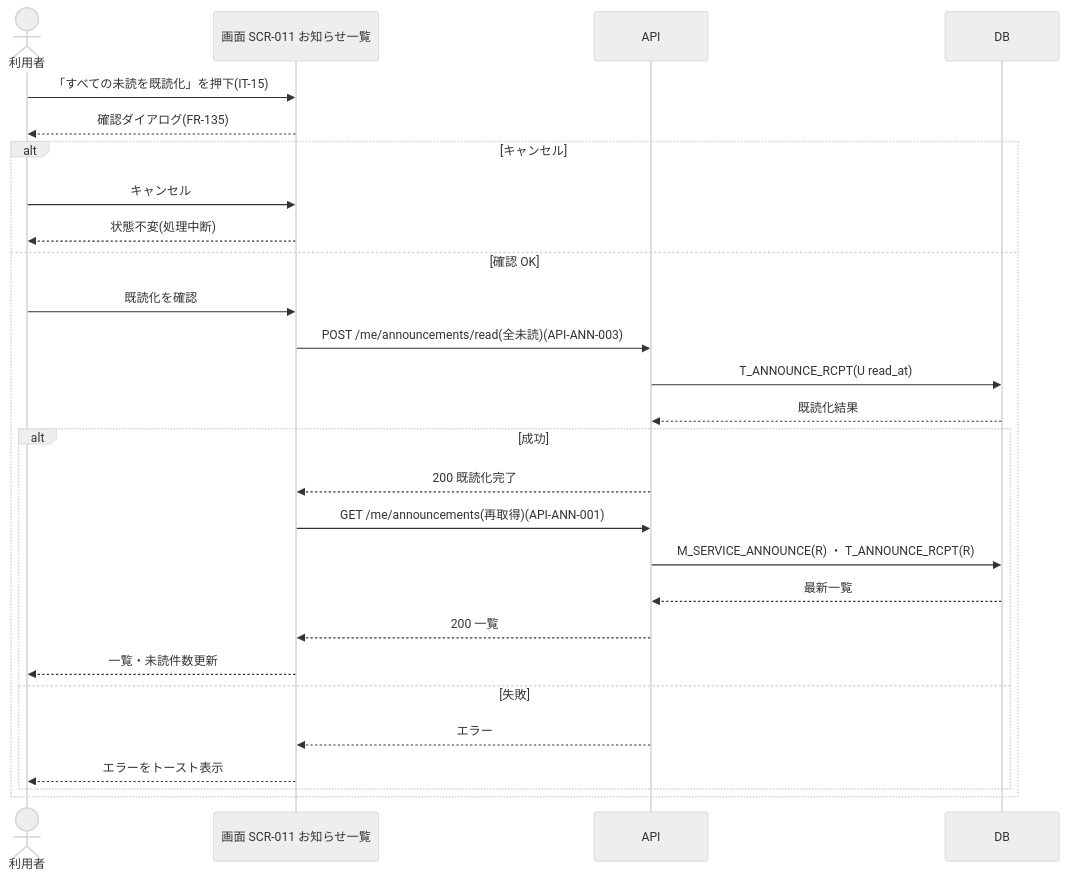
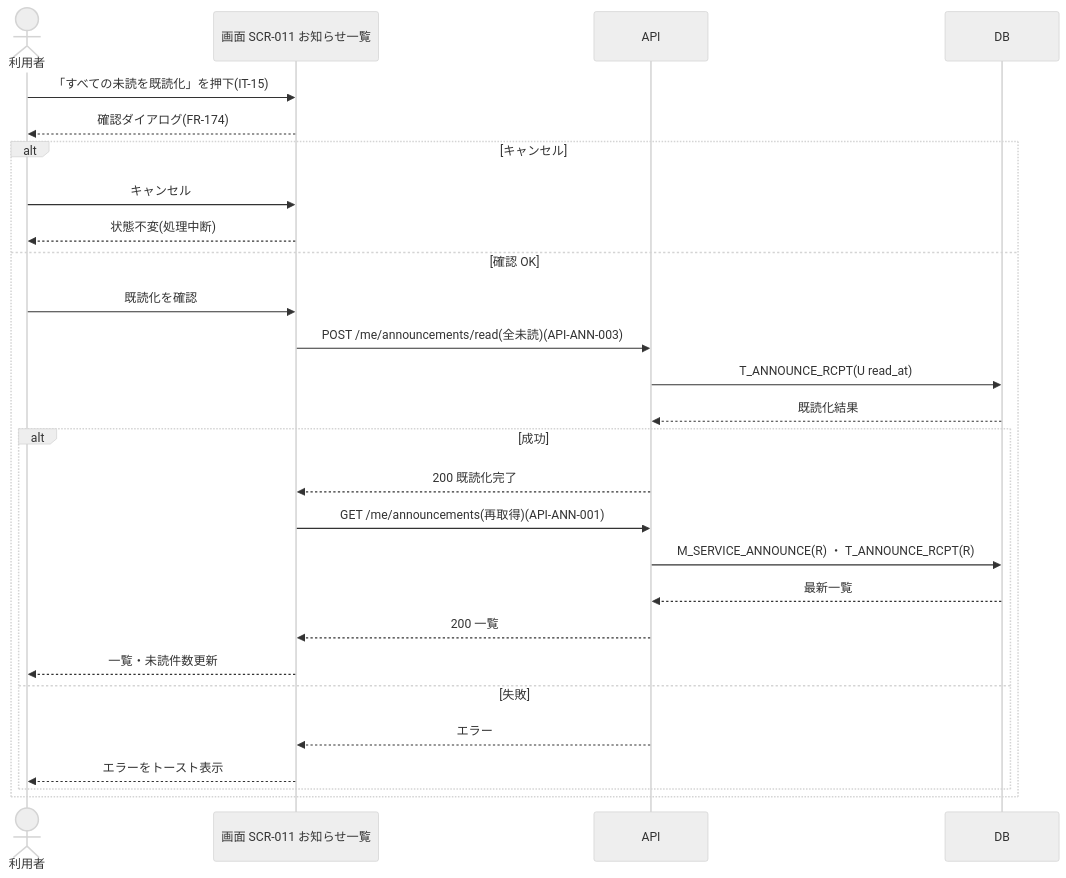
One commit to sikakou54/open-faq changed the eighth of 9 diagrams in 01_requirements/02_business_usecases/UC-SCR-011.md. Above: the diagram before and after it, drawn with Mermaid (neutral theme). The commit also changed other lines of this file and 571 other files, not shown here.

````diff
--- a/01_requirements/02_business_usecases/UC-SCR-011.md
+++ b/01_requirements/02_business_usecases/UC-SCR-011.md
@@ -364,29 +364,29 @@
 ```mermaid
 sequenceDiagram
   actor U as 利用者
   participant S as 画面 SCR-011 お知らせ一覧
   participant API as API
   participant DB as DB
   U->>S: 「すべての未読を既読化」を押下(IT-15)
-  S-->>U: 確認ダイアログ(FR-135)
+  S-->>U: 確認ダイアログ(FR-174)
   alt キャンセル
     U->>S: キャンセル
     S-->>U: 状態不変(処理中断)
   else 確認 OK
     U->>S: 既読化を確認
     S->>API: POST /me/announcements/read(全未読)(API-ANN-003)
     API->>DB: T_ANNOUNCE_RCPT(U read_at)
     DB-->>API: 既読化結果
     alt 成功
       API-->>S: 200 既読化完了
       S->>API: GET /me/announcements(再取得)(API-ANN-001)
       API->>DB: M_SERVICE_ANNOUNCE(R) ・ T_ANNOUNCE_RCPT(R)
       DB-->>API: 最新一覧
       API-->>S: 200 一覧
       S-->>U: 一覧・未読件数更新
     else 失敗
       API-->>S: エラー
       S-->>U: エラーをトースト表示
     end
   end
 ```
````
